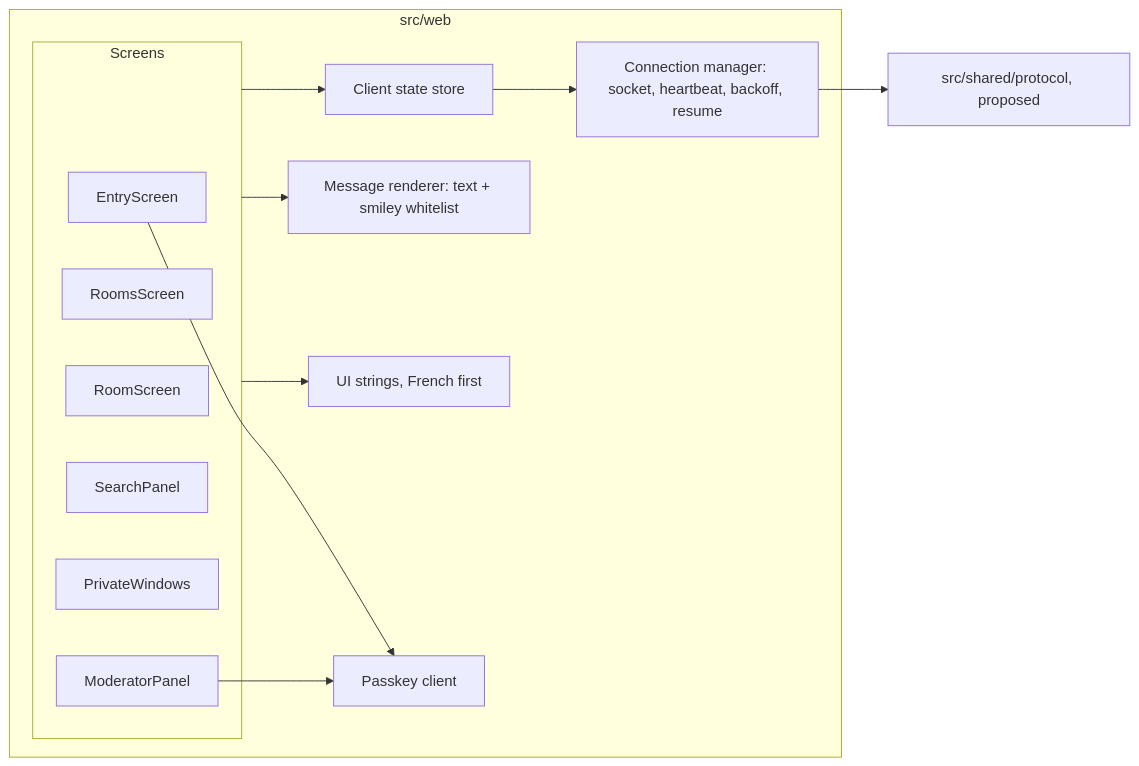
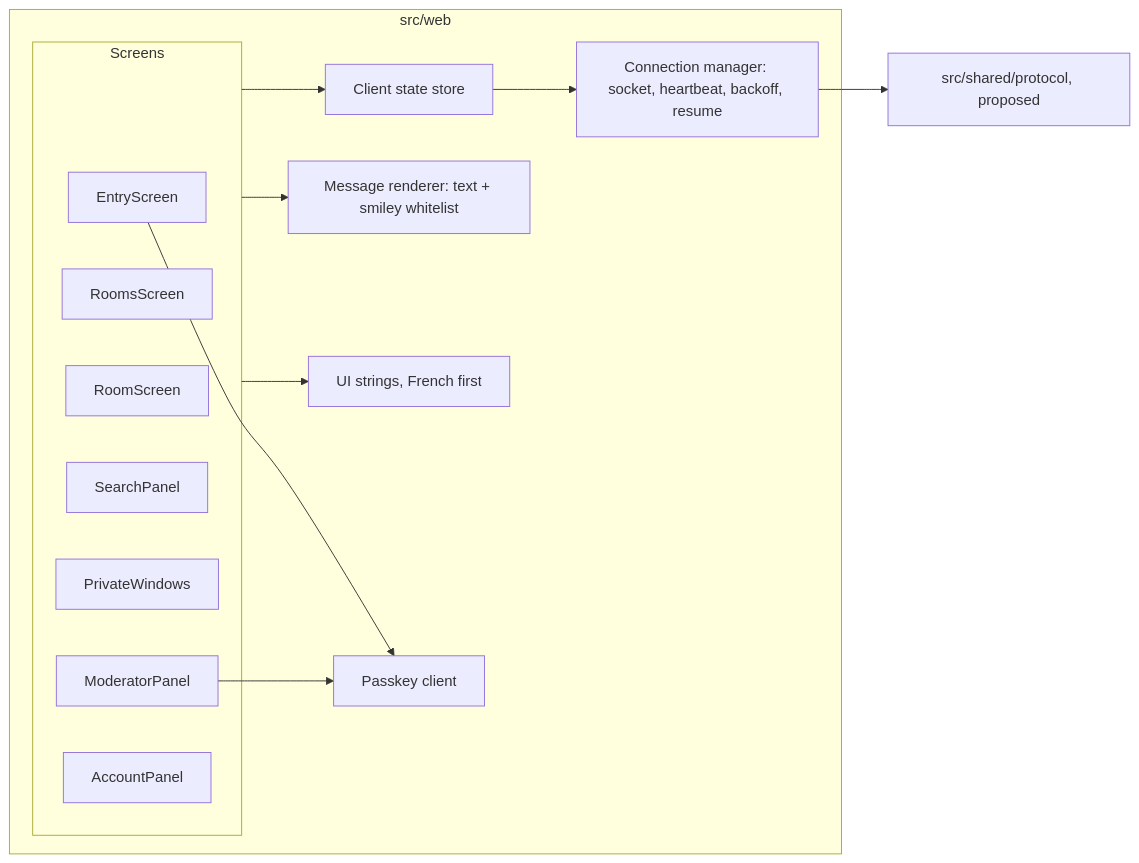
Before and after one commit to benoit-bremaud/asv: the diagram in docs/architecture/diagrams/web-ui/03-component.md, drawn with Mermaid. The commit also changed other lines of this file and 43 other files, not shown here.

First line of the commit message:
docs: accounts for private messages, strikes, legal-first roadmap

````diff
--- a/docs/architecture/diagrams/web-ui/03-component.md
+++ b/docs/architecture/diagrams/web-ui/03-component.md
@@ -14,26 +14,27 @@
 ```mermaid
 flowchart LR
   subgraph Web ["src/web"]
     subgraph Screens ["Screens"]
       Entry["EntryScreen"]
       Rooms["RoomsScreen"]
       Room["RoomScreen"]
       Search["SearchPanel"]
       Windows["PrivateWindows"]
       Mod["ModeratorPanel"]
+      Account["AccountPanel"]
     end
     Store["Client state store"]
     Conn["Connection manager: socket, heartbeat, backoff, resume"]
     Render["Message renderer: text + smiley whitelist"]
     Strings["UI strings, French first"]
     Passkey["Passkey client"]
   end
   Shared["src/shared/protocol, proposed"]
   Screens --> Store
   Screens --> Render
   Screens --> Strings
   Store --> Conn
   Conn --> Shared
   Mod --> Passkey
   Entry --> Passkey
 ```
````
